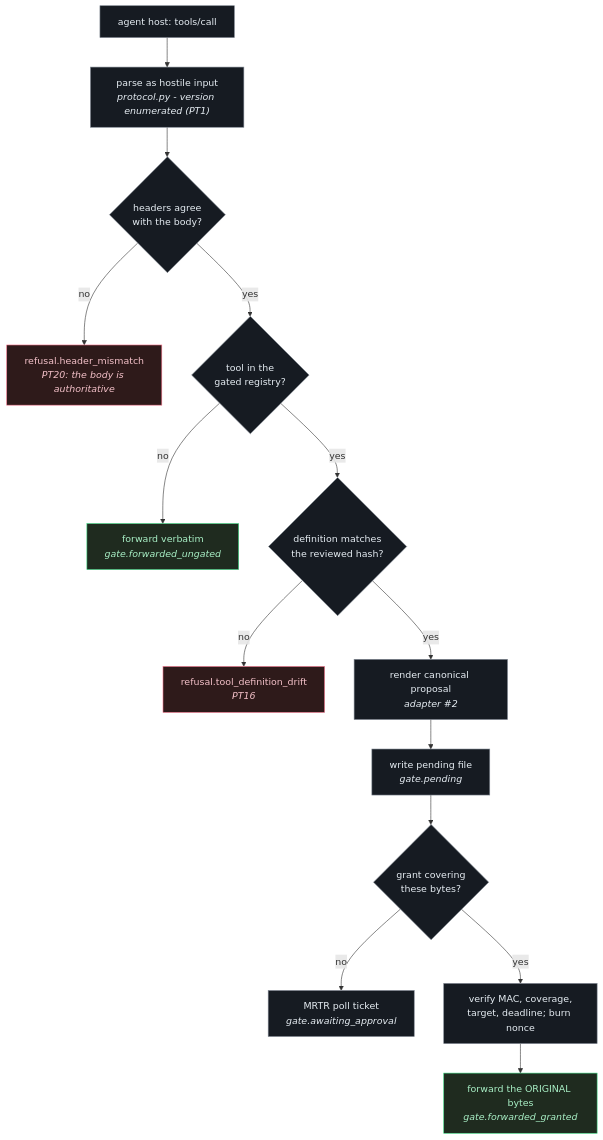
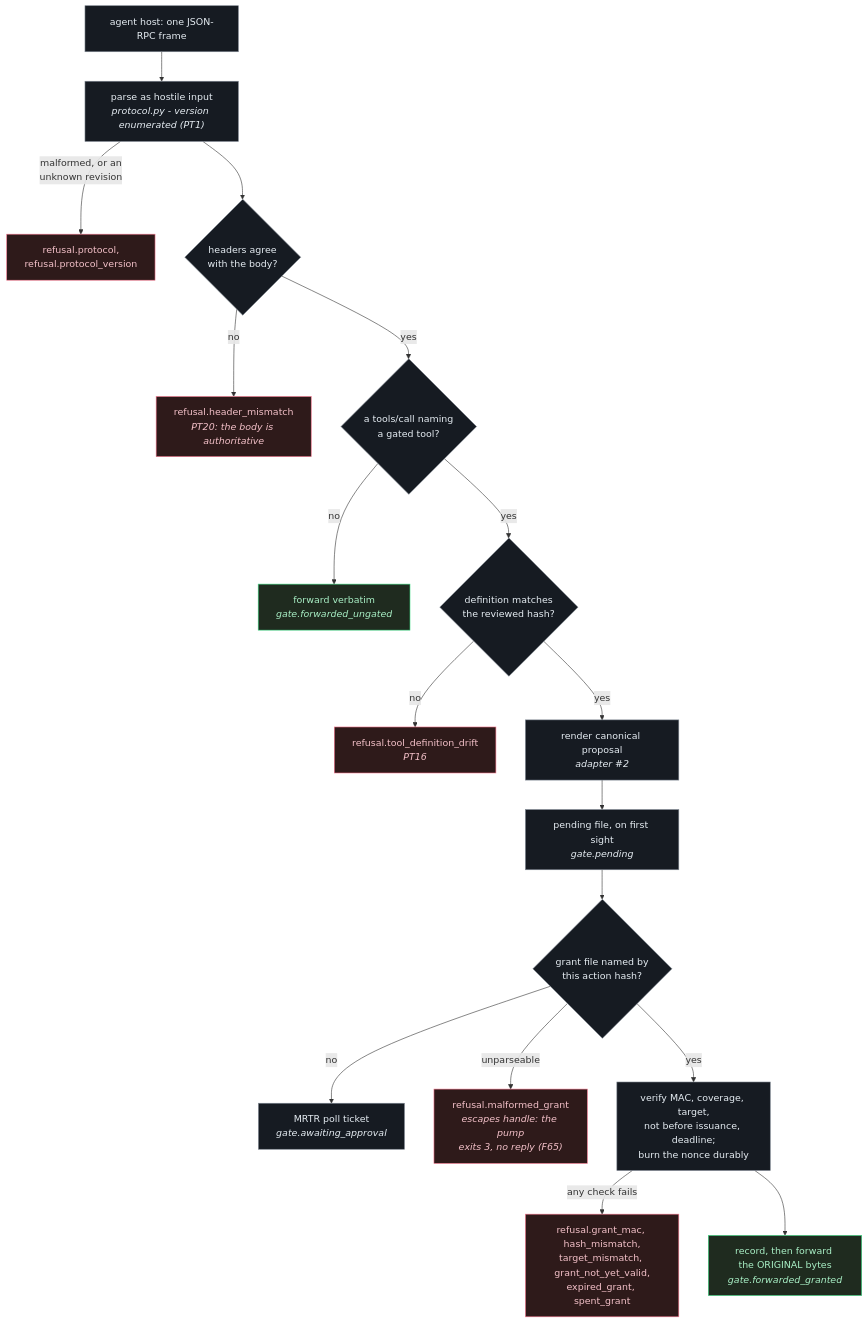
Before and after one commit to jerzy99jerzy/pirx: the second of 2 diagrams in docs/ARCHITECTURE.md, drawn with Mermaid. The commit also changed other lines of this file and 11 other files, not shown here.

First line of the commit message:
docs: reconcile the tree with the code - catalogue the pump attacks (F64), fold in the two-writer ledger, redraw the gate's diagrams

````diff
--- a/docs/ARCHITECTURE.md
+++ b/docs/ARCHITECTURE.md
@@ -564,22 +573,25 @@
 ```mermaid
 flowchart TD
-    IN["agent host: tools/call"] --> PARSE["parse as hostile input<br/><i>protocol.py - version enumerated (PT1)</i>"]
+    IN["agent host: one JSON-RPC frame"] --> PARSE["parse as hostile input<br/><i>protocol.py - version enumerated (PT1)</i>"]
+    PARSE -->|"malformed, or an<br/>unknown revision"| REF0["refusal.protocol,<br/>refusal.protocol_version"]
     PARSE --> HDR{"headers agree<br/>with the body?"}
     HDR -->|"no"| REF1["refusal.header_mismatch<br/><i>PT20: the body is authoritative</i>"]
-    HDR -->|"yes"| GATED{"tool in the<br/>gated registry?"}
+    HDR -->|"yes"| GATED{"a tools/call naming<br/>a gated tool?"}
     GATED -->|"no"| FWD1["forward verbatim<br/><i>gate.forwarded_ungated</i>"]
     GATED -->|"yes"| DRIFT{"definition matches<br/>the reviewed hash?"}
     DRIFT -->|"no"| REF2["refusal.tool_definition_drift<br/><i>PT16</i>"]
     DRIFT -->|"yes"| RENDER["render canonical proposal<br/><i>adapter #2</i>"]
-    RENDER --> PEND["write pending file<br/><i>gate.pending</i>"]
-    PEND --> HAS{"grant covering<br/>these bytes?"}
+    RENDER --> PEND["pending file, on first sight<br/><i>gate.pending</i>"]
+    PEND --> HAS{"grant file named by<br/>this action hash?"}
     HAS -->|"no"| TICKET["MRTR poll ticket<br/><i>gate.awaiting_approval</i>"]
-    HAS -->|"yes"| SPEND["verify MAC, coverage,<br/>target, deadline; burn nonce"]
-    SPEND --> FWD2["forward the ORIGINAL bytes<br/><i>gate.forwarded_granted</i>"]
+    HAS -->|"unparseable"| REF4["refusal.malformed_grant<br/><i>escapes handle: the pump<br/>exits 3, no reply (F65)</i>"]
+    HAS -->|"yes"| SPEND["verify MAC, coverage, target,<br/>not before issuance, deadline;<br/>burn the nonce durably"]
+    SPEND -->|"any check fails"| REF3["refusal.grant_mac, hash_mismatch,<br/>target_mismatch, grant_not_yet_valid,<br/>expired_grant, spent_grant"]
+    SPEND --> FWD2["record, then forward the ORIGINAL bytes<br/><i>gate.forwarded_granted</i>"]
 
     classDef default fill:#161b22,stroke:#7d8590,color:#e6edf3
     classDef refusal fill:#2e1a1a,stroke:#f7768e,color:#f4c1c9
     classDef pass fill:#1f2b1f,stroke:#3ddc84,color:#a9f0c6
-    class REF1,REF2 refusal
+    class REF0,REF1,REF2,REF3,REF4 refusal
     class FWD1,FWD2 pass
 ```
````
